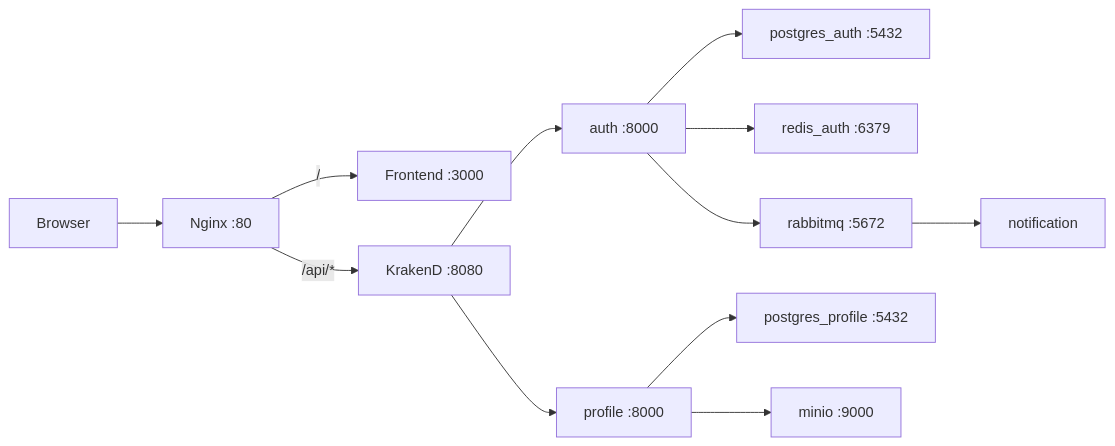
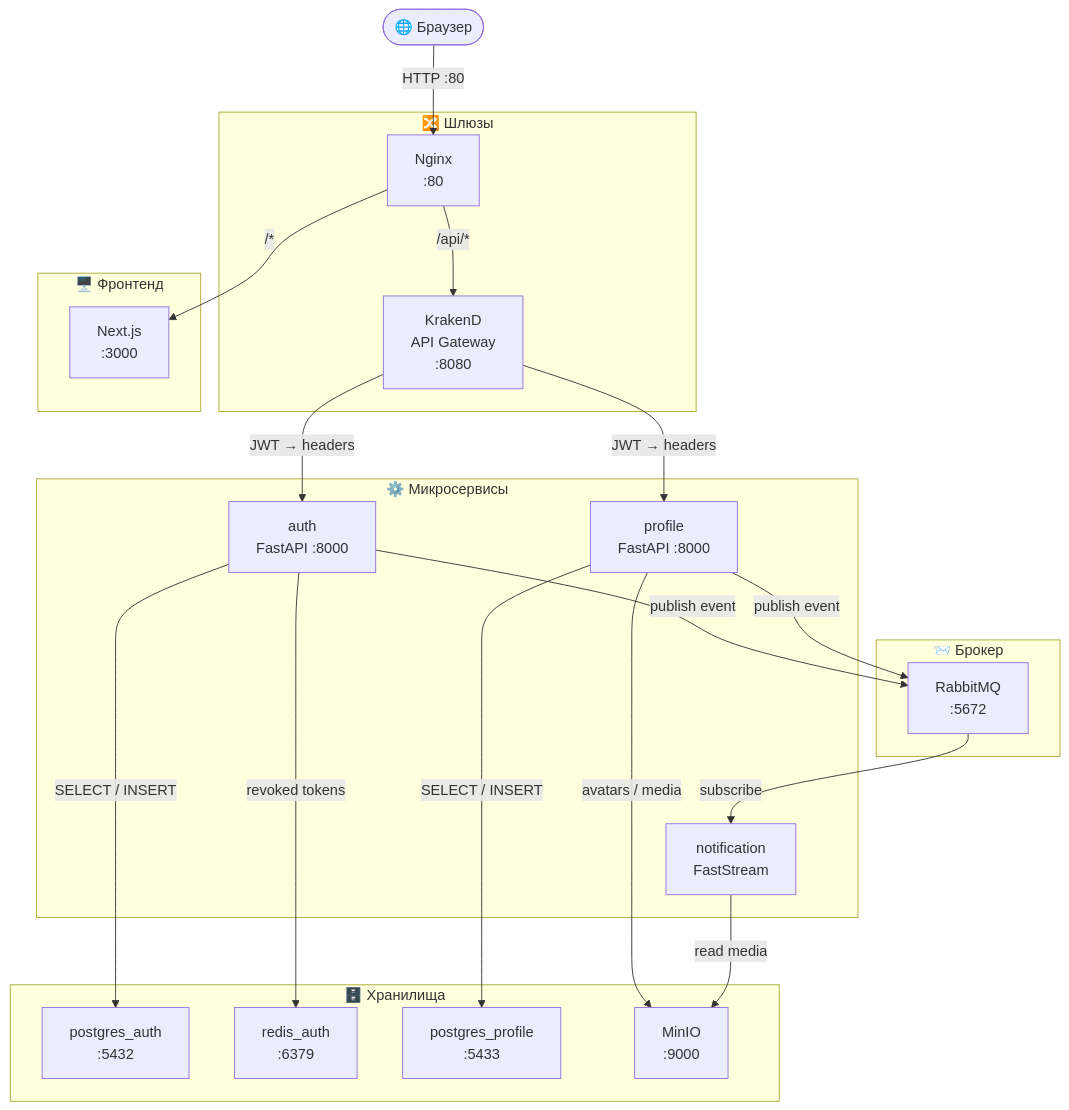
One commit to mindcoree/LoreLounge changed the first of 3 diagrams in README.md. Above: the diagram before and after it, drawn with Mermaid. The commit also changed other lines of this file, not shown here.

First line of the commit message:
docs: rewrite README.md with improved architecture diagrams and accurate content

````diff
--- a/README.md
+++ b/README.md
@@ -21,18 +41,49 @@
 ```mermaid
-flowchart LR
-    Browser[Browser] --> Nginx[Nginx :80]
-    Nginx -->|/| Frontend[Frontend :3000]
-    Nginx -->|/api/*| KrakenD[KrakenD :8080]
+flowchart TB
+    Browser(["🌐 Браузер"])
 
-    KrakenD --> Auth[auth :8000]
-    KrakenD --> Profile[profile :8000]
+    Browser -->|"HTTP :80"| Nginx
 
-    Auth --> PostgresAuth[postgres_auth :5432]
-    Auth --> RedisAuth[redis_auth :6379]
+    subgraph gateway["🔀 Шлюзы"]
+        Nginx["Nginx\n:80"]
+        KrakenD["KrakenD\nAPI Gateway\n:8080"]
+    end
 
-    Profile --> PostgresProfile[postgres_profile :5432]
-    Profile --> MinIO[minio :9000]
+    subgraph frontend_layer["🖥️ Фронтенд"]
+        Frontend["Next.js\n:3000"]
+    end
 
-    Auth --> RabbitMQ[rabbitmq :5672]
-    RabbitMQ --> Notification[notification]
+    subgraph services_layer["⚙️ Микросервисы"]
+        Auth["auth\nFastAPI :8000"]
+        Profile["profile\nFastAPI :8000"]
+        Notification["notification\nFastStream"]
+    end
+
+    subgraph storage_layer["🗄️ Хранилища"]
+        PGAuth["postgres_auth\n:5432"]
+        RedisAuth["redis_auth\n:6379"]
+        PGProfile["postgres_profile\n:5433"]
+        MinIO["MinIO\n:9000"]
+    end
+
+    subgraph broker_layer["📨 Брокер"]
+        RabbitMQ["RabbitMQ\n:5672"]
+    end
+
+    Nginx -->|"/*"| Frontend
+    Nginx -->|"/api/*"| KrakenD
+
+    KrakenD -->|"JWT → headers"| Auth
+    KrakenD -->|"JWT → headers"| Profile
+
+    Auth -->|"SELECT / INSERT"| PGAuth
+    Auth -->|"revoked tokens"| RedisAuth
+    Auth -->|"publish event"| RabbitMQ
+
+    Profile -->|"SELECT / INSERT"| PGProfile
+    Profile -->|"avatars / media"| MinIO
+    Profile -->|"publish event"| RabbitMQ
+
+    RabbitMQ -->|"subscribe"| Notification
+    Notification -->|"read media"| MinIO
 ```
````
